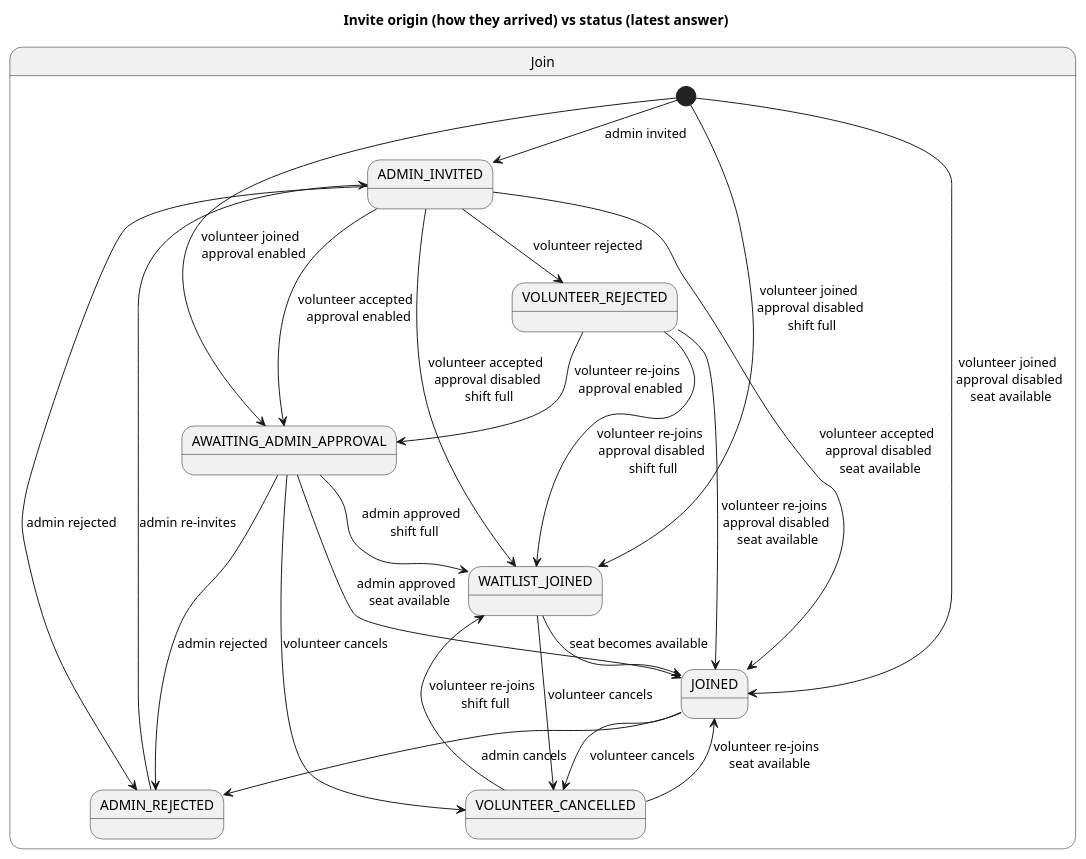
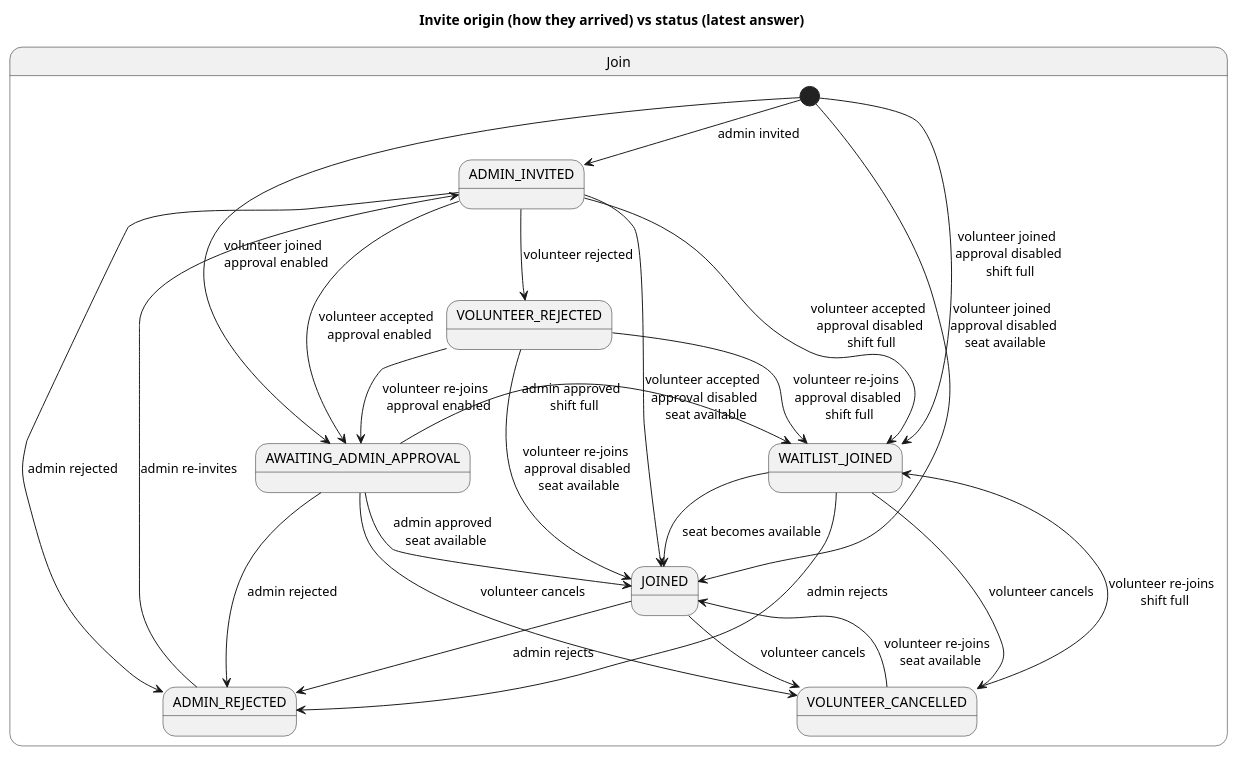
The diagram in models/Invite-states.plantuml (holi-social/caluno), drawn with PlantUML before and after one commit.

Commit message:
mode: update model for Shift Invite States

```diff
--- a/models/Invite-states.plantuml
+++ b/models/Invite-states.plantuml
@@ -1,43 +1,44 @@
 @startuml InviteOriginStatusModel
 
 title Invite origin (how they arrived) vs status (latest answer)
 
 'state "origin" as Origin {
 '  [*] --> ORIGIN_ADMIN_INVITED : admin invite
 '  [*] --> ORIGIN_VOLUNTEER_JOINED : open join
 '}
 
 state "Join" as Join {
 [*] --> ADMIN_INVITED : admin invited
 [*] --> AWAITING_ADMIN_APPROVAL : volunteer joined \n approval enabled
 [*] --> WAITLIST_JOINED : volunteer joined \n approval disabled \n shift full
 [*] --> JOINED : volunteer joined \n approval disabled \n seat available
 
 ADMIN_INVITED --> VOLUNTEER_REJECTED : volunteer rejected
 ADMIN_INVITED --> AWAITING_ADMIN_APPROVAL : volunteer accepted \n approval enabled
 ADMIN_INVITED --> WAITLIST_JOINED : volunteer accepted \n approval disabled \n shift full
 ADMIN_INVITED --> JOINED : volunteer accepted \n approval disabled \n seat available
 ADMIN_INVITED --> ADMIN_REJECTED : admin rejected
 
 VOLUNTEER_REJECTED --> AWAITING_ADMIN_APPROVAL : volunteer re-joins \n approval enabled
 VOLUNTEER_REJECTED --> WAITLIST_JOINED : volunteer re-joins \n approval disabled \n shift full
 VOLUNTEER_REJECTED --> JOINED : volunteer re-joins \n approval disabled \n seat available
 
 AWAITING_ADMIN_APPROVAL --> ADMIN_REJECTED : admin rejected
 AWAITING_ADMIN_APPROVAL --> VOLUNTEER_CANCELLED : volunteer cancels
-AWAITING_ADMIN_APPROVAL --> WAITLIST_JOINED : admin approved \n shift full
+AWAITING_ADMIN_APPROVAL -right-> WAITLIST_JOINED : admin approved \n shift full
 AWAITING_ADMIN_APPROVAL --> JOINED : admin approved \n seat available
 
 WAITLIST_JOINED --> JOINED : seat becomes available
 WAITLIST_JOINED --> VOLUNTEER_CANCELLED : volunteer cancels
+WAITLIST_JOINED --> ADMIN_REJECTED : admin rejects
 
 JOINED --> VOLUNTEER_CANCELLED : volunteer cancels
-JOINED --> ADMIN_REJECTED : admin cancels
+JOINED --> ADMIN_REJECTED : admin rejects
 
 VOLUNTEER_CANCELLED -up-> JOINED : volunteer re-joins \n seat available
 VOLUNTEER_CANCELLED -up-> WAITLIST_JOINED : volunteer re-joins \n shift full
 
 ADMIN_REJECTED -up-> ADMIN_INVITED : admin re-invites
 }
 
 @enduml
```
